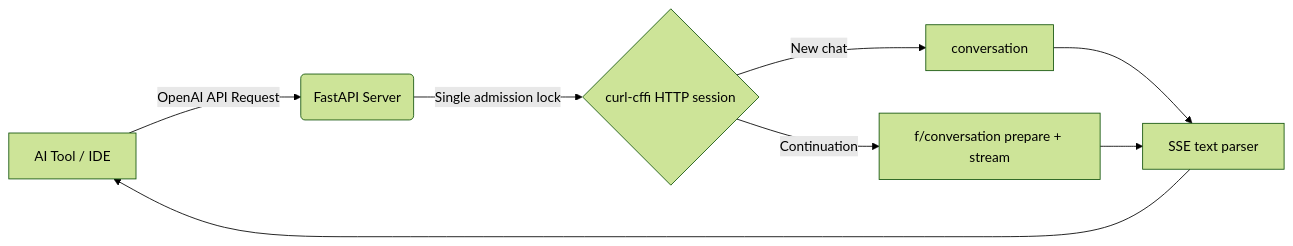
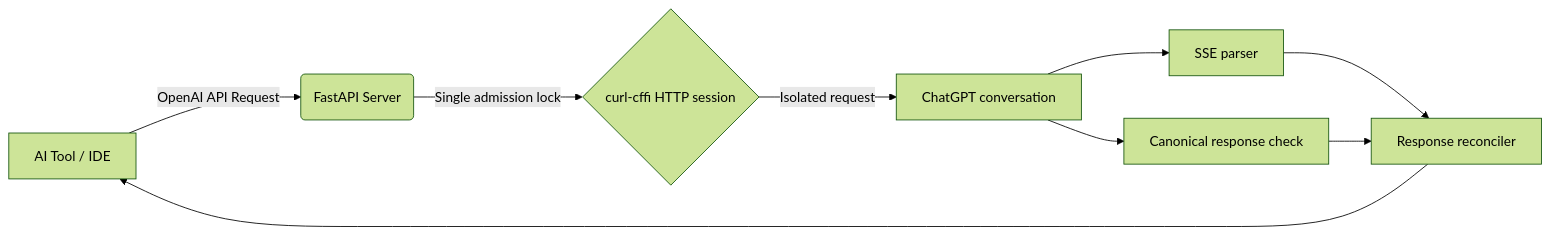
One commit to yutuknown/codex-auth changed the diagram in README.md. Above: the diagram before and after it, drawn with Mermaid (forest theme). The commit also changed other lines of this file and 12 other files, not shown here.

Commit message:
Harden low-memory request architecture

````diff
--- a/README.md
+++ b/README.md
@@ -145,10 +146,11 @@
 ```mermaid
 graph LR
     A[AI Tool / IDE] -->|OpenAI API Request| B(FastAPI Server)
     B -->|Single admission lock| C{curl-cffi HTTP session}
-    C -->|New chat| D[conversation]
-    C -->|Continuation| E[f/conversation prepare + stream]
-    D --> F[SSE text parser]
-    E --> F
-    F --> A
+    C -->|Isolated request| D[ChatGPT conversation]
+    D --> E[SSE parser]
+    D --> F[Canonical response check]
+    E --> G[Response reconciler]
+    F --> G
+    G --> A
 ```
````
